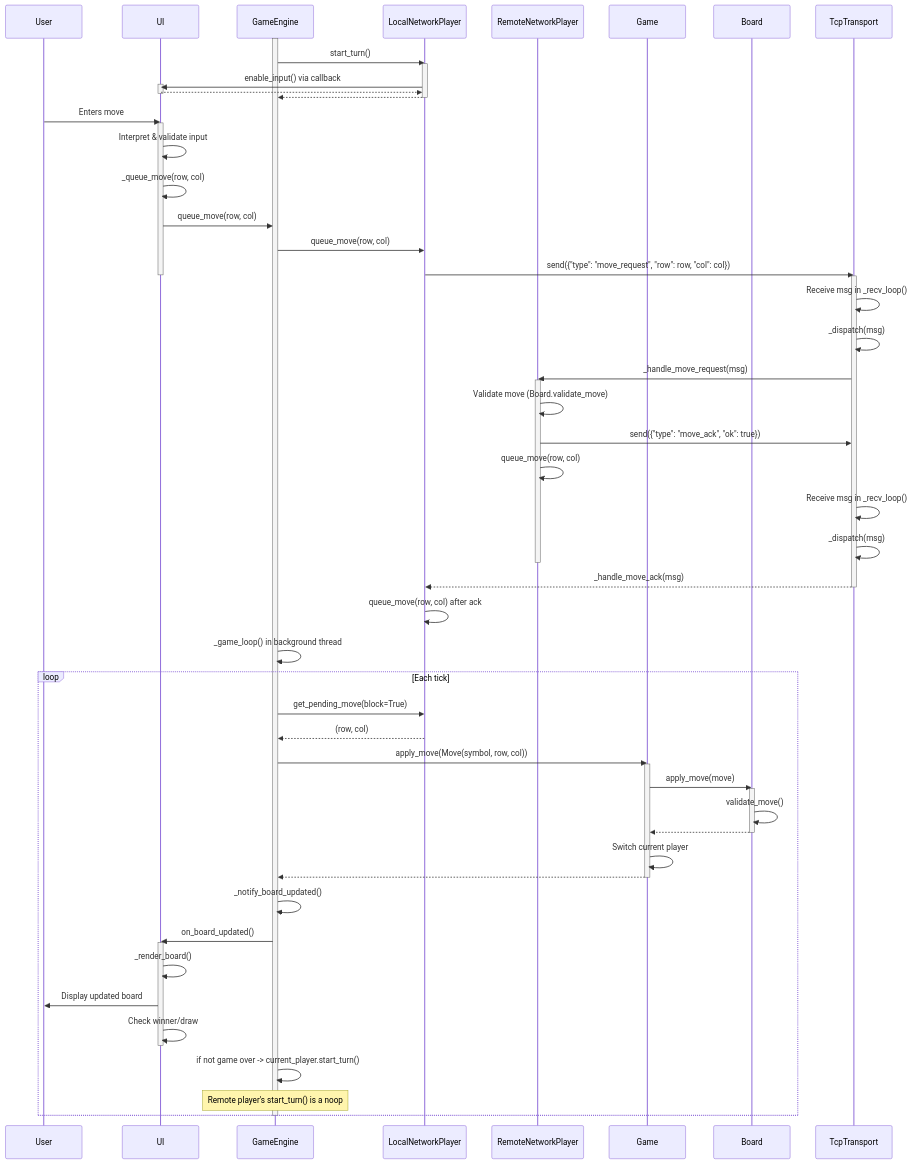
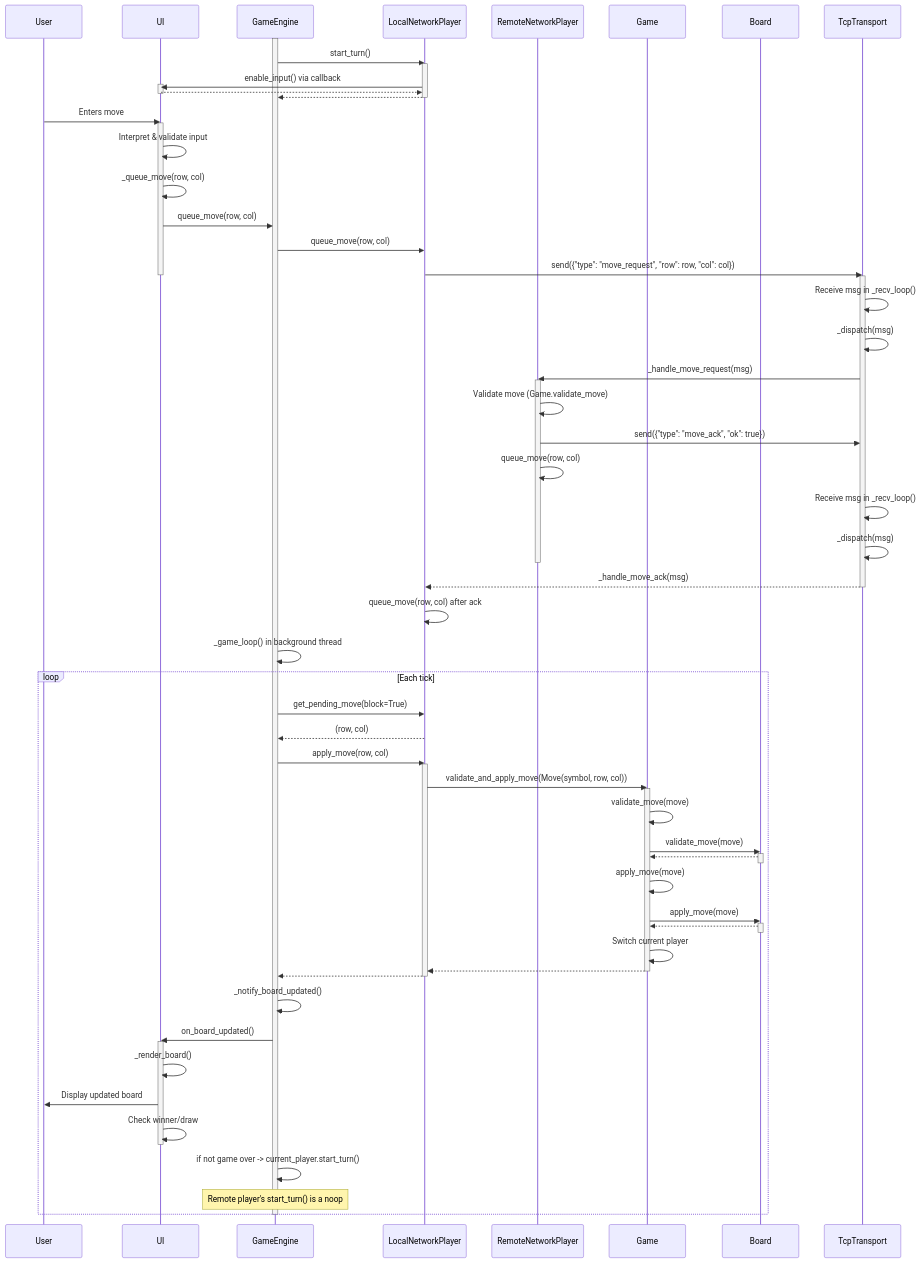
Before and after one commit to tgonzalez89/py_tic_tac_toe: the diagram in doc/player_network.mmd, drawn with Mermaid. The commit also changed 2 other files, not shown here.

Commit message:
fix diagrams

```diff
--- a/doc/player_network.mmd
+++ b/doc/player_network.mmd
@@ -1,71 +1,80 @@
 sequenceDiagram
     participant User as User
     participant UI as UI
     participant GE as GameEngine
     participant LocalP as LocalNetworkPlayer
     participant RemoteP as RemoteNetworkPlayer
     participant Game as Game
     participant Board as Board
     participant Transport as TcpTransport
 
     activate GE
     GE->>LocalP: start_turn()
     activate LocalP
     LocalP->>UI: enable_input() via callback
     activate UI
     deactivate UI
     UI-->>LocalP:
     LocalP-->>GE:
     deactivate LocalP
 
     User->>UI: Enters move
     activate UI
     UI->>UI: Interpret & validate input
     UI->>UI: _queue_move(row, col)
     UI->>GE: queue_move(row, col)
     GE->>LocalP: queue_move(row, col)
     LocalP->>Transport: send({"type": "move_request", "row": row, "col": col})
     deactivate UI
 
     activate Transport
     Transport->>Transport: Receive msg in _recv_loop()
     Transport->>Transport: _dispatch(msg)
     Transport->>RemoteP: _handle_move_request(msg)
     activate RemoteP
-    RemoteP->>RemoteP: Validate move (Board.validate_move)
+    RemoteP->>RemoteP: Validate move (Game.validate_move)
     RemoteP->>Transport: send({"type": "move_ack", "ok": true})
     RemoteP->>RemoteP: queue_move(row, col)
     Transport->>Transport: Receive msg in _recv_loop()
     Transport->>Transport: _dispatch(msg)
     deactivate RemoteP
     Transport-->>LocalP: _handle_move_ack(msg)
     deactivate Transport
     LocalP->>LocalP: queue_move(row, col) after ack
 
     GE->>GE: _game_loop() in background thread
     loop Each tick
         GE->>LocalP: get_pending_move(block=True)
         LocalP-->>GE: (row, col)
-        GE->>Game: apply_move(Move(symbol, row, col))
+        GE->>LocalP: apply_move(row, col)
+        activate LocalP
+        LocalP->>Game: validate_and_apply_move(Move(symbol, row, col))
         activate Game
+        Game->>Game: validate_move(move)
+        Game->>Board: validate_move(move)
+        activate Board
+        Board-->>Game:
+        deactivate Board
+        Game->>Game: apply_move(move)
         Game->>Board: apply_move(move)
         activate Board
-        Board->>Board: validate_move()
         Board-->>Game:
         deactivate Board
         Game->>Game: Switch current player
-        Game-->>GE:
+        Game-->>LocalP:
         deactivate Game
+        LocalP-->>GE:
+        deactivate LocalP
 
         GE->>GE: _notify_board_updated()
         GE->>UI: on_board_updated()
         activate UI
         UI->>UI: _render_board()
         UI->>User: Display updated board
         UI->>UI: Check winner/draw
         deactivate UI
 
         GE->>GE: if not game over -> current_player.start_turn()
         note over GE: Remote player's start_turn() is a noop
     end
     deactivate GE
```
